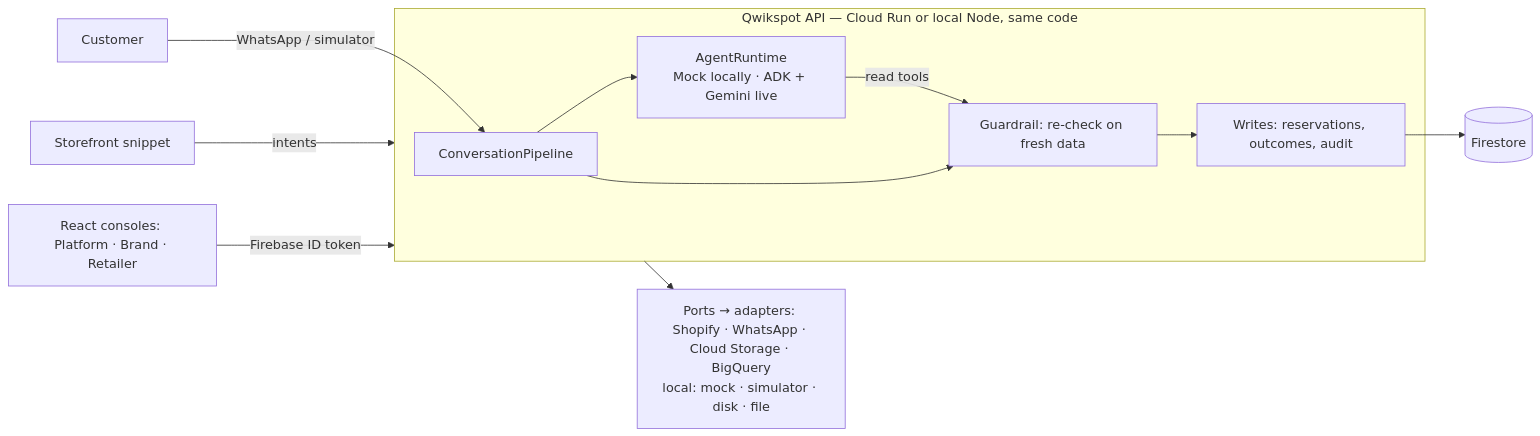
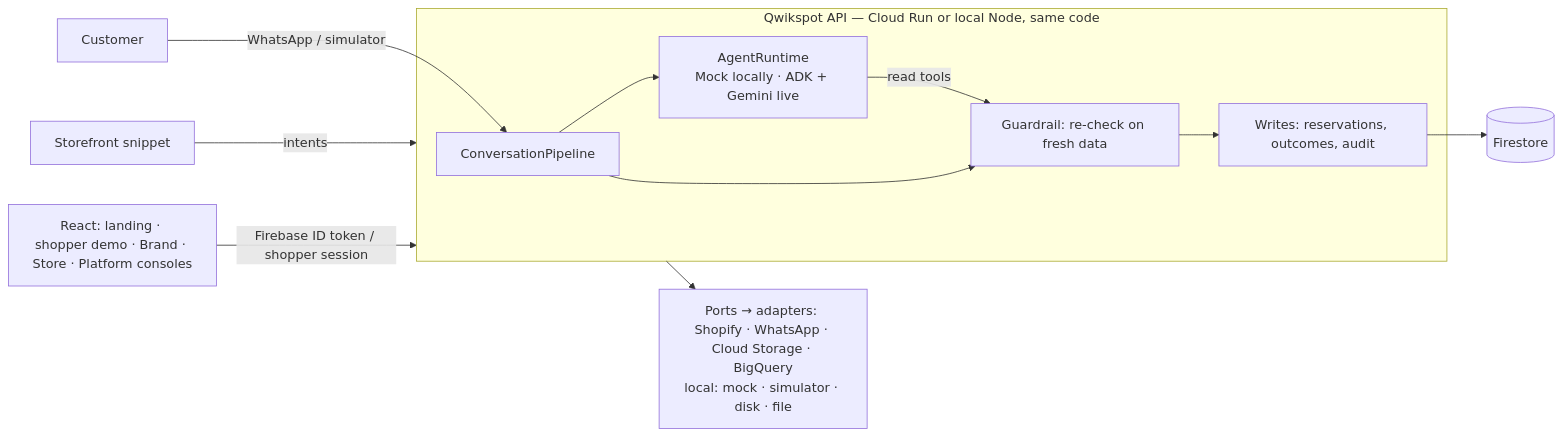
The diagram in README.md (Alfaiz777/buildwise), drawn with Mermaid before and after one commit. The commit also changed other lines of this file and 57 other files, not shown here.

````diff
--- a/README.md
+++ b/README.md
@@ -48,13 +62,13 @@
 ```mermaid
 flowchart LR
   C[Customer] -->|WhatsApp / simulator| P
   SF[Storefront snippet] -->|intents| API
-  UI[React consoles: Platform · Brand · Retailer] -->|Firebase ID token| API
+  UI[React: landing · shopper demo · Brand · Store · Platform consoles] -->|Firebase ID token / shopper session| API
   subgraph API[Qwikspot API — Cloud Run or local Node, same code]
     P[ConversationPipeline] --> A[AgentRuntime<br/>Mock locally · ADK + Gemini live]
     A -->|read tools| G[Guardrail: re-check on fresh data]
     P --> G --> W[Writes: reservations, outcomes, audit]
   end
   W --> DB[(Firestore)]
   API --> X[Ports → adapters: Shopify · WhatsApp · Cloud Storage · BigQuery<br/>local: mock · simulator · disk · file]
 ```
````
